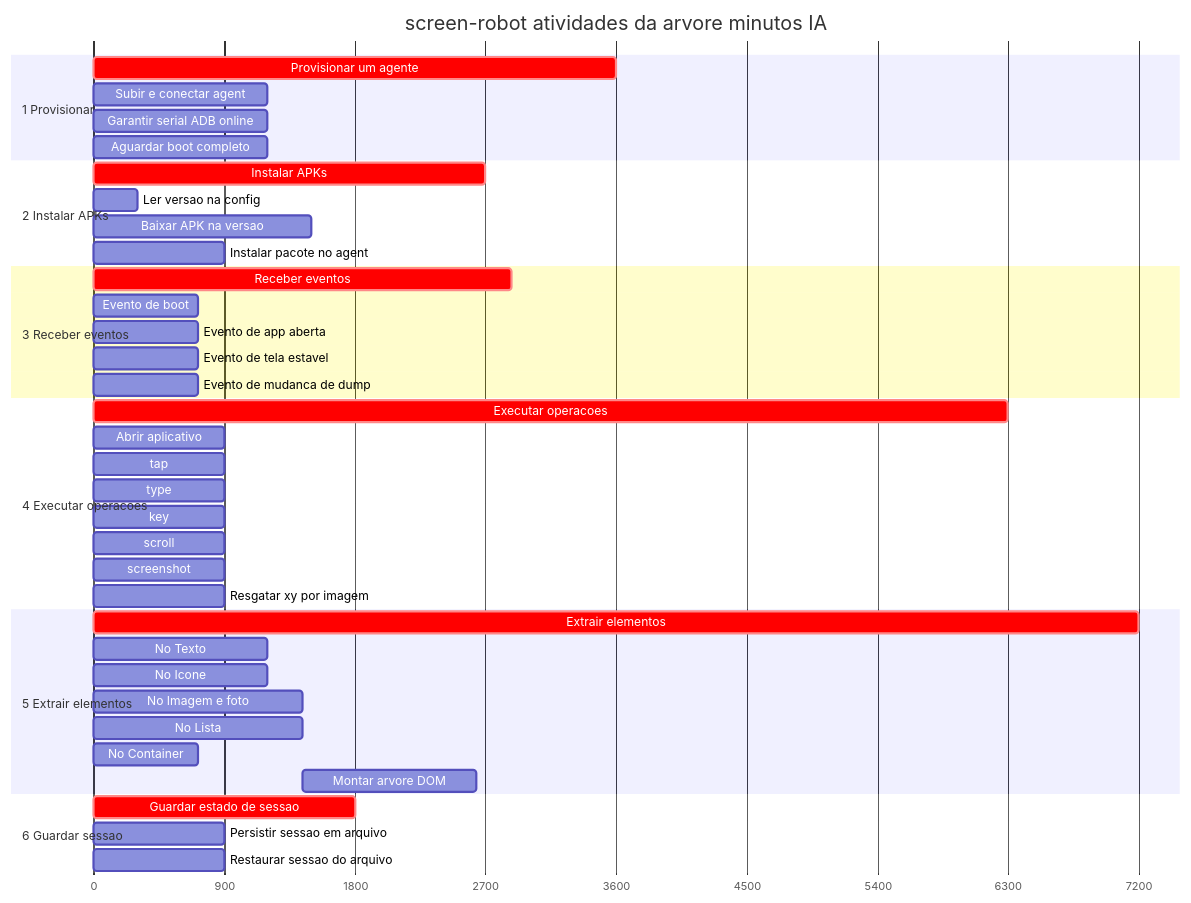
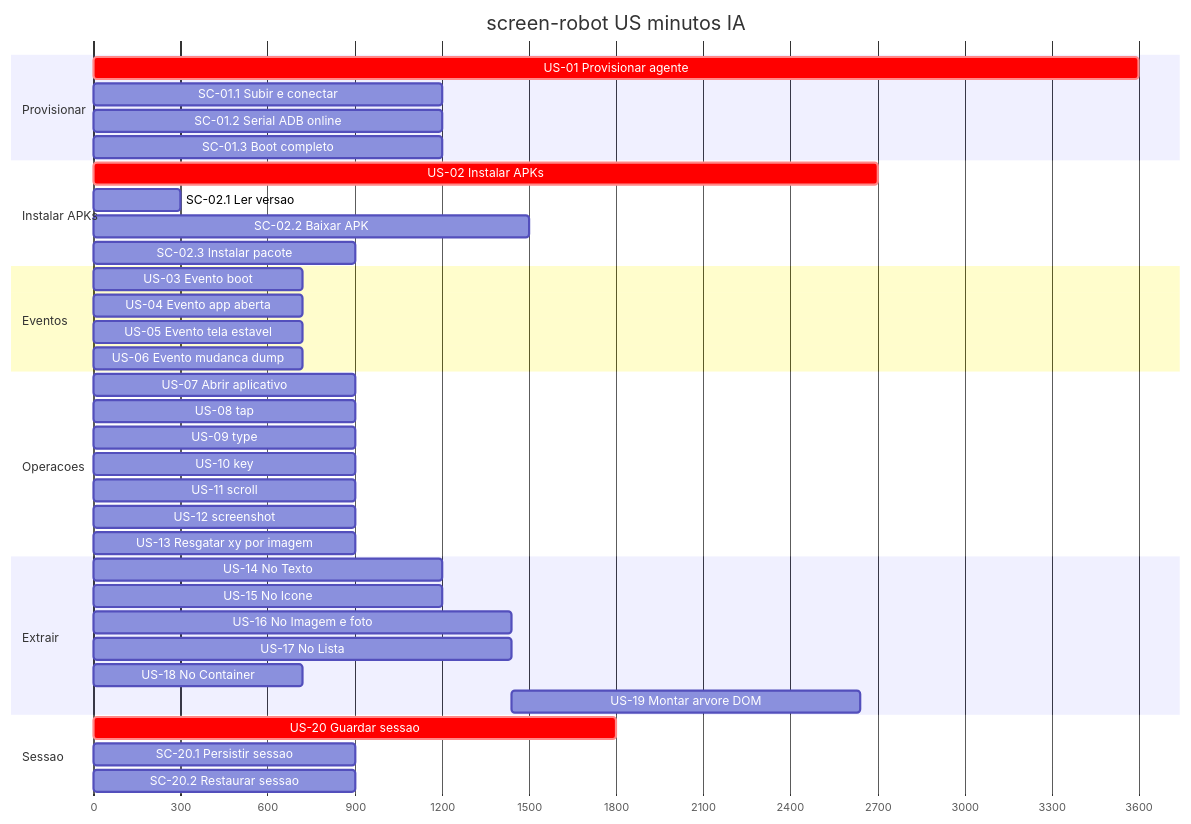
One commit to laerciogermano/workstation changed the first of 2 diagrams in core/tasks/README.md. Above: the diagram before and after it, drawn with Mermaid. The commit also changed other lines of this file and 3 other files, not shown here.

````diff
--- a/core/tasks/README.md
+++ b/core/tasks/README.md
@@ -57,49 +57,46 @@
 ```mermaid
 gantt
-  title screen-robot atividades da arvore minutos IA
+  title screen-robot US minutos IA
   dateFormat X
   axisFormat %s
 
-  section 1 Provisionar
-  Provisionar um agente              :crit, p0, 0, 60m
-  Subir e conectar agent             :p1, 0, 20m
-  Garantir serial ADB online         :p2, 0, 20m
-  Aguardar boot completo             :p3, 0, 20m
+  section Provisionar
+  US-01 Provisionar agente         :crit, p0, 0, 60m
+  SC-01.1 Subir e conectar         :p1, 0, 20m
+  SC-01.2 Serial ADB online        :p2, 0, 20m
+  SC-01.3 Boot completo            :p3, 0, 20m
 
-  section 2 Instalar APKs
-  Instalar APKs                      :crit, i0, 0, 45m
-  Ler versao na config               :i1, 0, 5m
-  Baixar APK na versao               :i2, 0, 25m
-  Instalar pacote no agent           :i3, 0, 15m
+  section Instalar APKs
+  US-02 Instalar APKs              :crit, i0, 0, 45m
+  SC-02.1 Ler versao               :i1, 0, 5m
+  SC-02.2 Baixar APK               :i2, 0, 25m
+  SC-02.3 Instalar pacote          :i3, 0, 15m
 
-  section 3 Receber eventos
-  Receber eventos                    :crit, e0, 0, 48m
-  Evento de boot                     :e1, 0, 12m
-  Evento de app aberta               :e2, 0, 12m
-  Evento de tela estavel             :e3, 0, 12m
-  Evento de mudanca de dump          :e4, 0, 12m
+  section Eventos
+  US-03 Evento boot                :e1, 0, 12m
+  US-04 Evento app aberta          :e2, 0, 12m
+  US-05 Evento tela estavel        :e3, 0, 12m
+  US-06 Evento mudanca dump        :e4, 0, 12m
 
-  section 4 Executar operacoes
-  Executar operacoes                 :crit, o0, 0, 105m
-  Abrir aplicativo                   :o1, 0, 15m
-  tap                                :o2, 0, 15m
-  type                               :o3, 0, 15m
-  key                                :o4, 0, 15m
-  scroll                             :o5, 0, 15m
-  screenshot                         :o6, 0, 15m
-  Resgatar xy por imagem             :o7, 0, 15m
+  section Operacoes
+  US-07 Abrir aplicativo           :o1, 0, 15m
+  US-08 tap                        :o2, 0, 15m
+  US-09 type                       :o3, 0, 15m
+  US-10 key                        :o4, 0, 15m
+  US-11 scroll                     :o5, 0, 15m
+  US-12 screenshot                 :o6, 0, 15m
+  US-13 Resgatar xy por imagem     :o7, 0, 15m
 
-  section 5 Extrair elementos
-  Extrair elementos                  :crit, x0, 0, 120m
-  No Texto                           :x1, 0, 20m
-  No Icone                           :x2, 0, 20m
-  No Imagem e foto                   :x3, 0, 24m
-  No Lista                           :x4, 0, 24m
-  No Container                       :x5, 0, 12m
-  Montar arvore DOM                  :x6, after x3, 20m
+  section Extrair
+  US-14 No Texto                   :x1, 0, 20m
+  US-15 No Icone                   :x2, 0, 20m
+  US-16 No Imagem e foto           :x3, 0, 24m
+  US-17 No Lista                   :x4, 0, 24m
+  US-18 No Container               :x5, 0, 12m
+  US-19 Montar arvore DOM          :x6, after x3, 20m
 
-  section 6 Guardar sessao
-  Guardar estado de sessao           :crit, s0, 0, 30m
-  Persistir sessao em arquivo        :s1, 0, 15m
-  Restaurar sessao do arquivo        :s2, 0, 15m
+  section Sessao
+  US-20 Guardar sessao             :crit, s0, 0, 30m
+  SC-20.1 Persistir sessao         :s1, 0, 15m
+  SC-20.2 Restaurar sessao         :s2, 0, 15m
 ```
````
